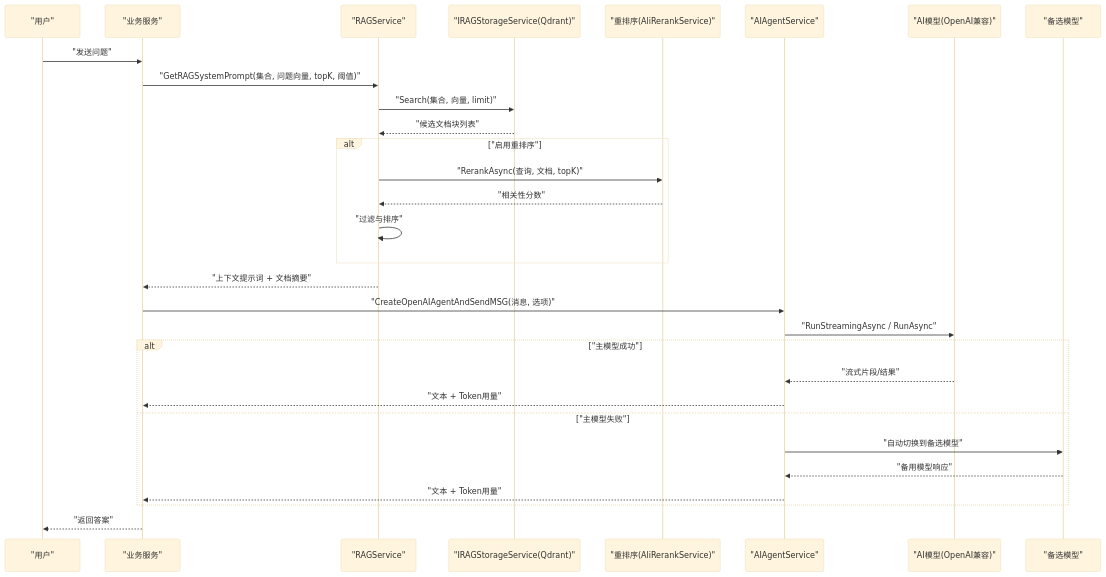
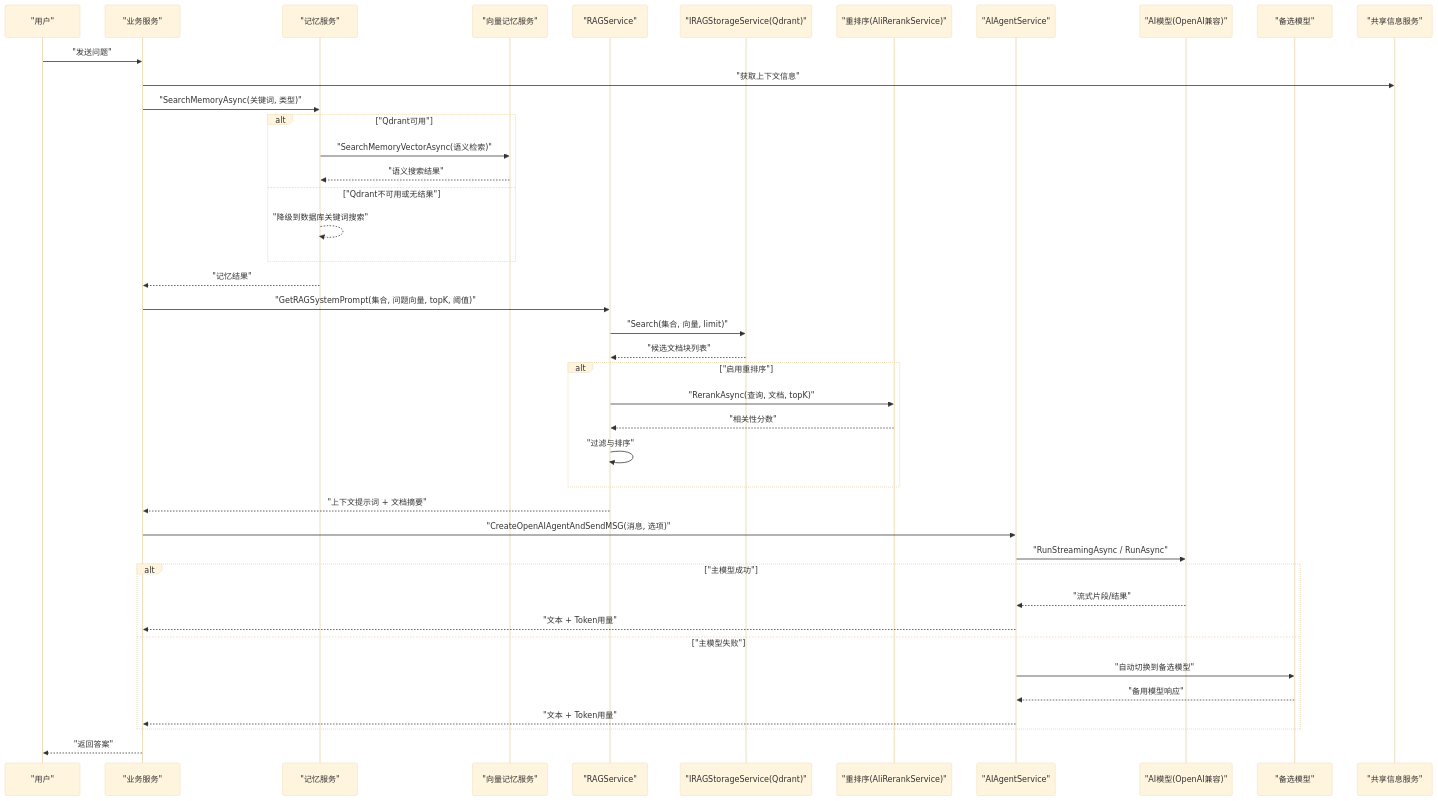
Before and after one commit to junkai-li/NetCoreKevin: the second of 11 diagrams in .qoder/repowiki/zh/content/AI智能体/AI智能体.md, drawn with Mermaid (base theme). The commit also changed other lines of this file and 40 other files, not shown here.

````diff
--- a/.qoder/repowiki/zh/content/AI智能体/AI智能体.md
+++ b/.qoder/repowiki/zh/content/AI智能体/AI智能体.md
@@ -133,32 +157,44 @@
 ```mermaid
 sequenceDiagram
 participant U as "用户"
 participant API as "业务服务"
+participant MEM as "记忆服务"
+participant VMEM as "向量记忆服务"
 participant RAG as "RAGService"
 participant STORE as "IRAGStorageService(Qdrant)"
 participant RE as "重排序(AliRerankService)"
 participant AG as "AIAgentService"
 participant LLM as "AI模型(OpenAI兼容)"
 participant FALLBACK as "备选模型"
+participant SHARE as "共享信息服务"
 U->>API : "发送问题"
+API->>SHARE : "获取上下文信息"
+API->>MEM : "SearchMemoryAsync(关键词, 类型)"
+alt "Qdrant可用"
+MEM->>VMEM : "SearchMemoryVectorAsync(语义检索)"
+VMEM-->>MEM : "语义搜索结果"
+else "Qdrant不可用或无结果"
+MEM-->>MEM : "降级到数据库关键词搜索"
+end
+MEM-->>API : "记忆结果"
 API->>RAG : "GetRAGSystemPrompt(集合, 问题向量, topK, 阈值)"
 RAG->>STORE : "Search(集合, 向量, limit)"
 STORE-->>RAG : "候选文档块列表"
 alt "启用重排序"
 RAG->>RE : "RerankAsync(查询, 文档, topK)"
 RE-->>RAG : "相关性分数"
 RAG->>RAG : "过滤与排序"
 end
 RAG-->>API : "上下文提示词 + 文档摘要"
 API->>AG : "CreateOpenAIAgentAndSendMSG(消息, 选项)"
 AG->>LLM : "RunStreamingAsync / RunAsync"
 alt "主模型成功"
 LLM-->>AG : "流式片段/结果"
 AG-->>API : "文本 + Token用量"
 else "主模型失败"
 AG->>FALLBACK : "自动切换到备选模型"
 FALLBACK-->>AG : "备用模型响应"
 AG-->>API : "文本 + Token用量"
 end
 API-->>U : "返回答案"
 ```
````
